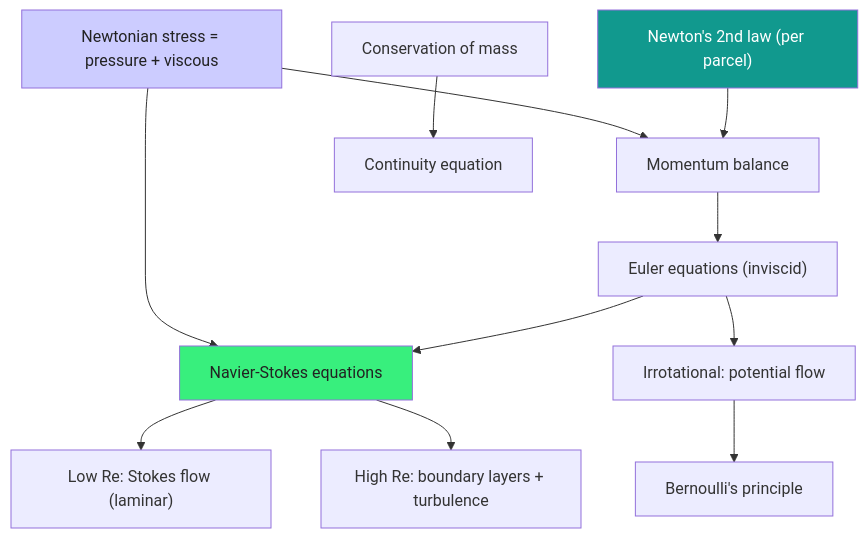
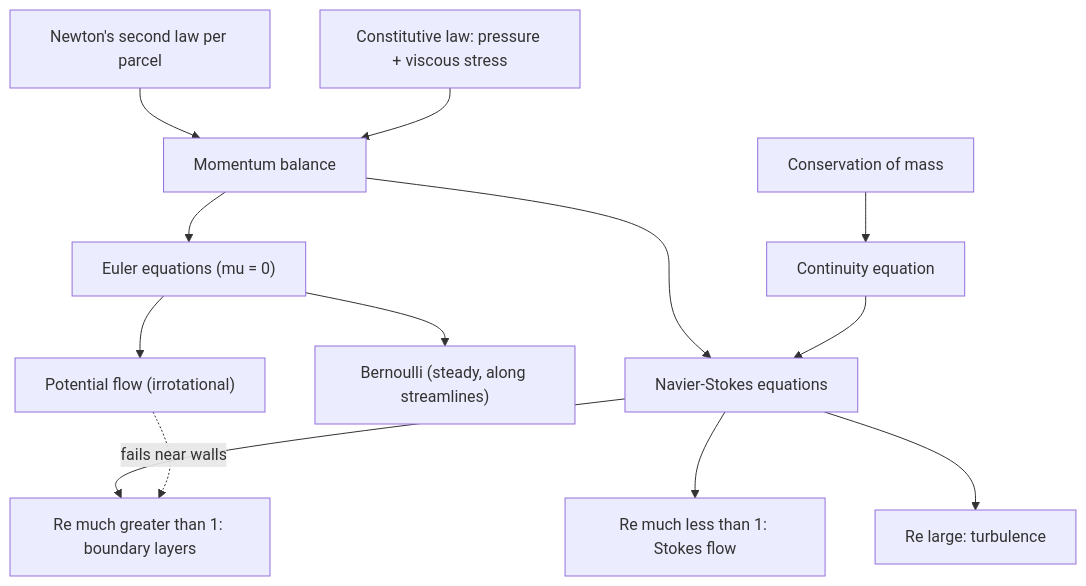
One commit to AndrewAltimit/Documentation changed the first of 2 diagrams in github-pages/docs/physics/fluid-mechanics.md. Above: the diagram before and after it, drawn with Mermaid. The commit also changed other lines of this file and 240 other files, not shown here.

````diff
--- a/github-pages/docs/physics/fluid-mechanics.md
+++ b/github-pages/docs/physics/fluid-mechanics.md
@@ -39,16 +20,15 @@
 ```mermaid
 graph TD
-    NEWTON["Newton's 2nd law (per parcel)"] --> MOM["Momentum balance"]
+    NEWTON["Newton's second law per parcel"] --> MOM["Momentum balance"]
     MASS["Conservation of mass"] --> CONT["Continuity equation"]
-    MOM --> EULER["Euler equations (inviscid)"]
-    STRESS["Newtonian stress = pressure + viscous"] --> MOM
-    EULER --> NS["Navier-Stokes equations"]
-    STRESS --> NS
-    NS --> LOWRE["Low Re: Stokes flow (laminar)"]
-    NS --> HIGHRE["High Re: boundary layers + turbulence"]
-    EULER --> POT["Irrotational: potential flow"]
-    POT --> BERN["Bernoulli's principle"]
-    style NEWTON fill:#11998e,color:#fff
-    style NS fill:#38ef7d,color:#222
-    style STRESS fill:#ccf,color:#222
+    STRESS["Constitutive law: pressure + viscous stress"] --> MOM
+    MOM --> EULER["Euler equations (mu = 0)"]
+    MOM --> NS["Navier-Stokes equations"]
+    CONT --> NS
+    EULER --> BERN["Bernoulli (steady, along streamlines)"]
+    EULER --> POT["Potential flow (irrotational)"]
+    NS --> STOKES["Re much less than 1: Stokes flow"]
+    NS --> BL["Re much greater than 1: boundary layers"]
+    NS --> TURB["Re large: turbulence"]
+    POT -. "fails near walls" .-> BL
 ```
````
